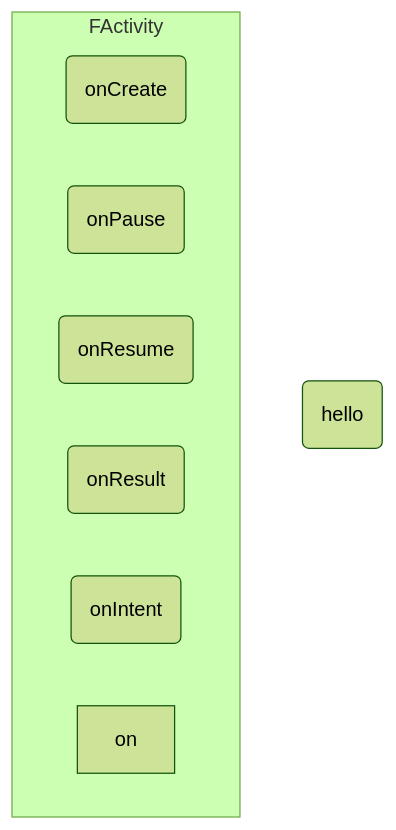
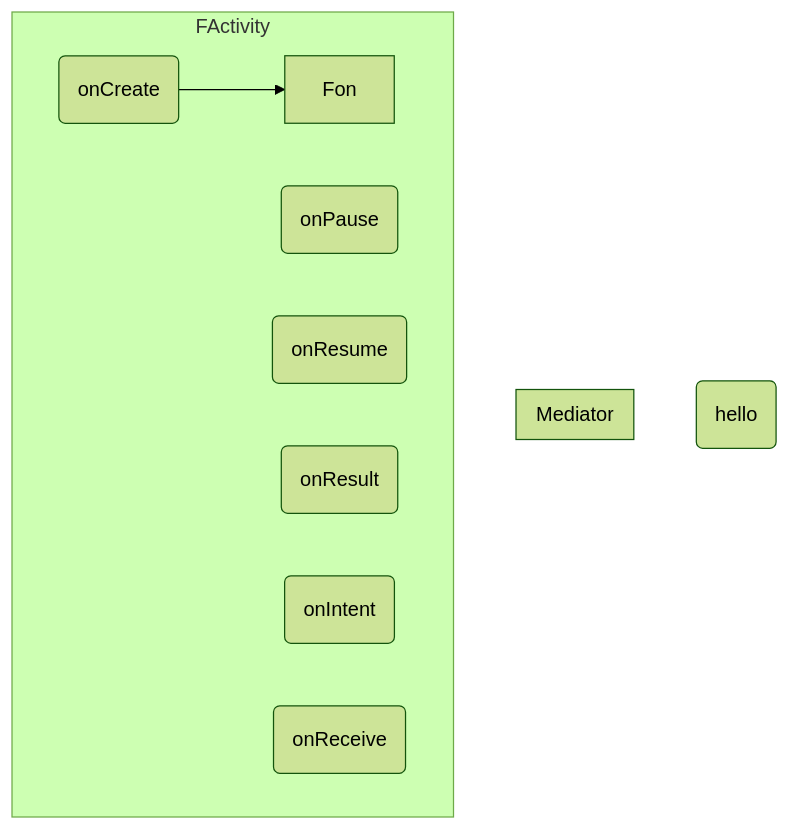
The diagram in flutter/addActivityResultListener.md (gordianknotC/nxp_note), drawn with Mermaid (forest theme) before and after one commit. The commit also changed other lines of this file, not shown here.

Commit message:
flutter/addActivityResultListener.md updated from https://stackedit.io/

````diff
--- a/flutter/addActivityResultListener.md
+++ b/flutter/addActivityResultListener.md
@@ -11,15 +11,18 @@
 ```mermaid
-graph TD
+graph TB
 	S(hello)
-	
+	subgraph Mediator
+		
+	end
 	subgraph FActivity
-		onCreate(onCreate)
-		onPause(onPause)
-		onResume(onResume)
-		onResult(onResult)
-		onIntent(onIntent)
-		on
+		FonCreate(onCreate)
+		FonPause(onPause)
+		FonResume(onResume)
+		FonResult(onResult)
+		FonIntent(onIntent)
+		FonReceive(onReceive)
+		FonCreate --> Fon
 	end
 
 
 ```
````
